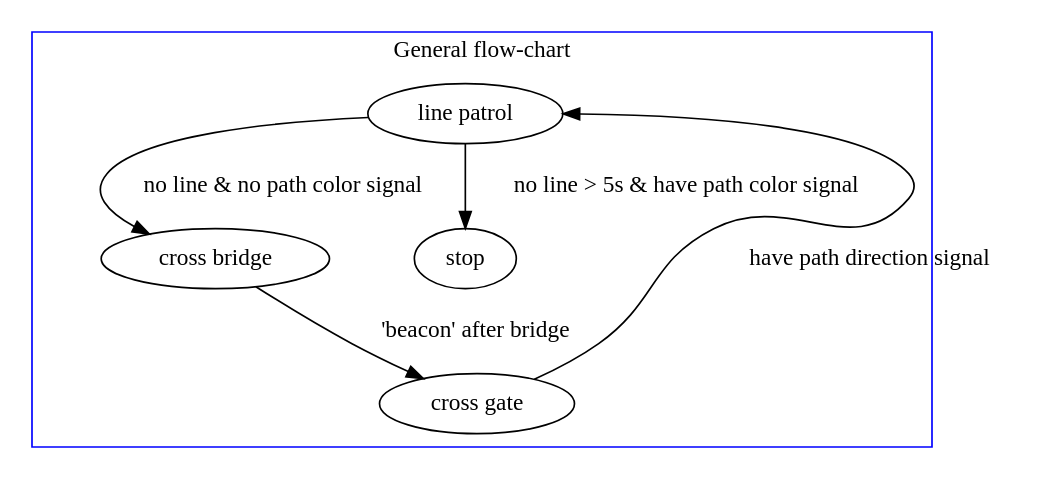
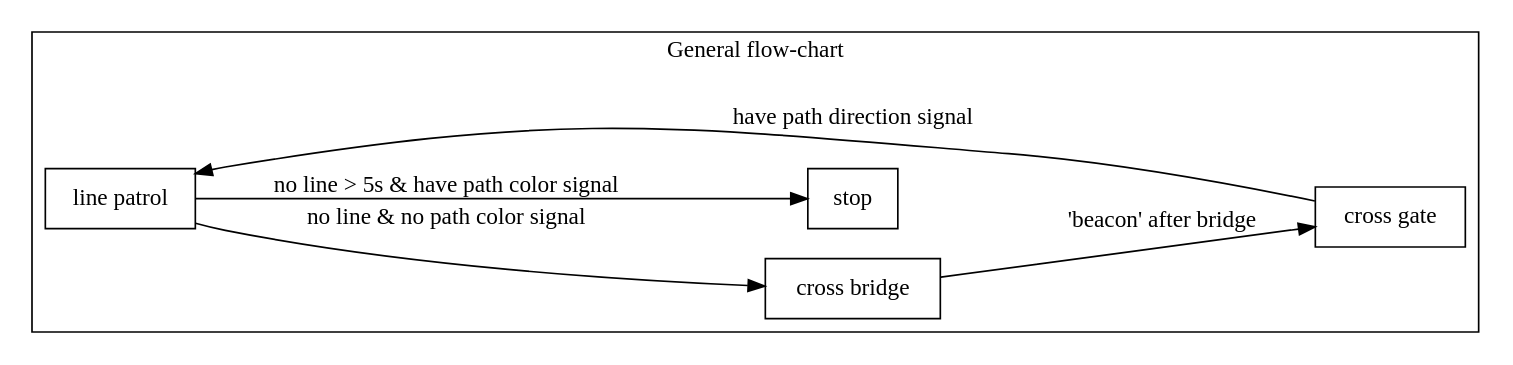
The diagram in flow_chart/GFC.dot (TDPS-Mihotel/Mihotel), drawn with Graphviz before and after one commit. The commit also changed 8 other files, not shown here.

Commit message:
四张图

```diff
--- a/flow_chart/GFC.dot
+++ b/flow_chart/GFC.dot
@@ -1,11 +1,13 @@
 digraph G {
-    compound=true;
+    rankdir=LR
+    splines=splines
+    node [shape=box]
+    component=true
     subgraph cluster0 {
-        color=blue
         label="General flow-chart"
         "line patrol" -> "cross bridge" [label="no line & no path color signal"]
         "line patrol" -> "stop" [label="no line > 5s & have path color signal"]
         "cross bridge" -> "cross gate" [label="'beacon' after bridge"]
         "cross gate" -> "line patrol" [label="have path direction signal"]
     }
 }
```
